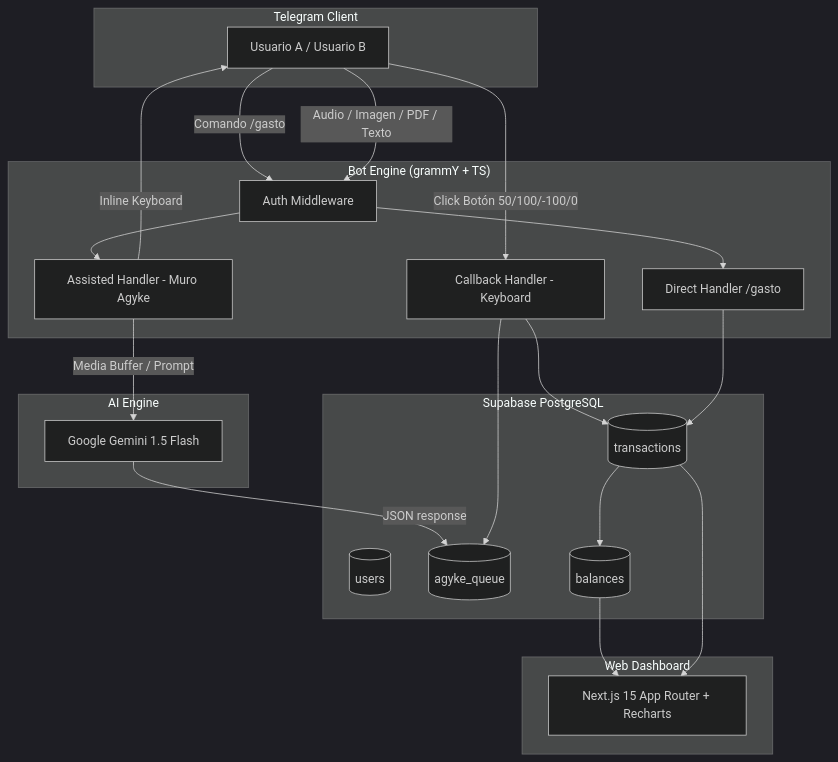
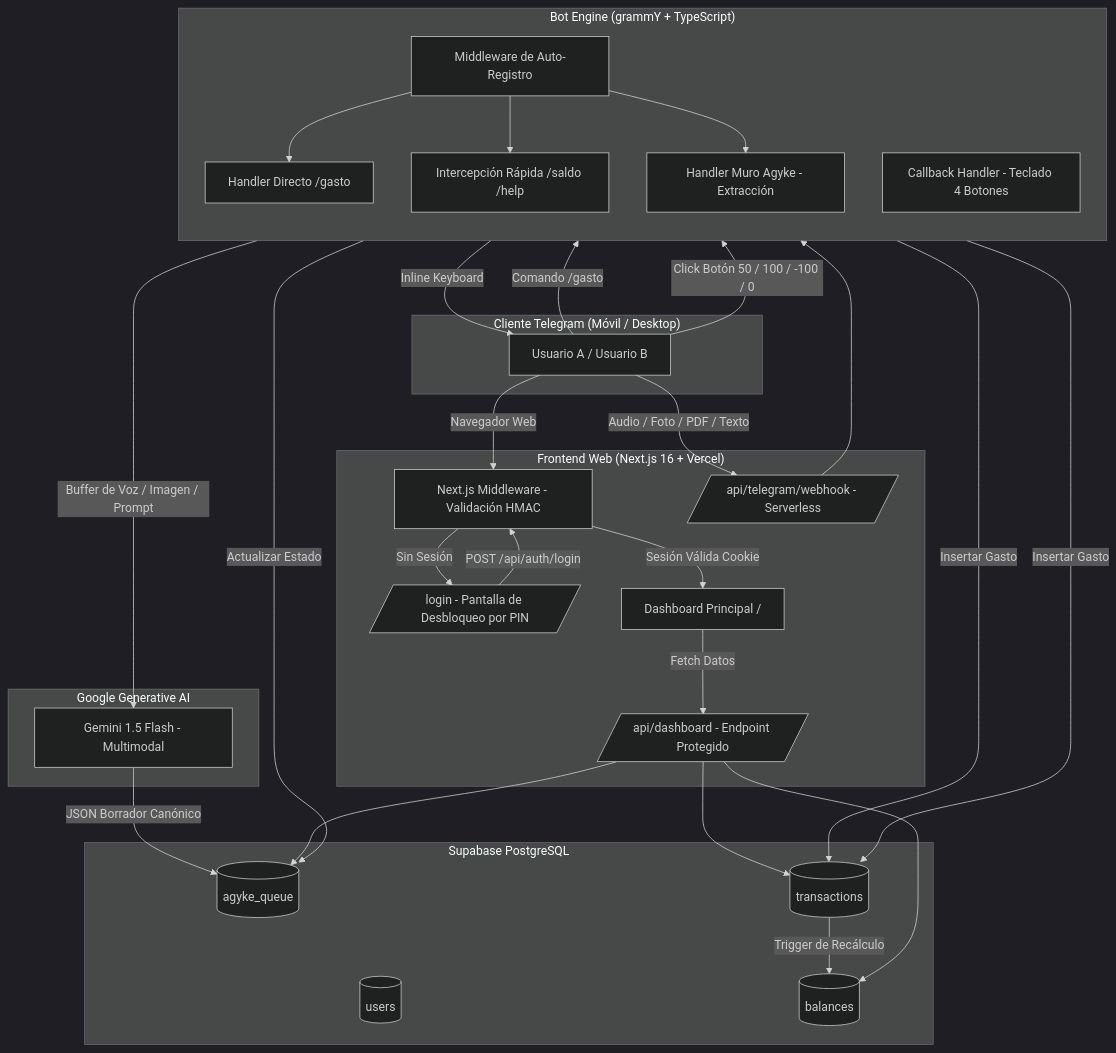
One commit to n1krov/agyke changed the diagram in README.md. Above: the diagram before and after it, drawn with Mermaid (dark theme). The commit also changed other lines of this file and 6 other files, not shown here.

````diff
--- a/README.md
+++ b/README.md
@@ -71,44 +103,60 @@
 ```mermaid
 flowchart TD
-    subgraph Telegram ["Telegram Client"]
-        U1[Usuario A / Usuario B]
+    subgraph TelegramClient ["Cliente Telegram (Móvil / Desktop)"]
+        U[Usuario A / Usuario B]
     end
 
-    subgraph BotEngine ["Bot Engine (grammY + TS)"]
-        AUTH[Auth Middleware]
-        DIRECT[Direct Handler /gasto]
-        ASSISTED[Assisted Handler - Muro Agyke]
-        CALLBACK[Callback Handler - Keyboard]
+    subgraph BotEngine ["Bot Engine (grammY + TypeScript)"]
+        direction TB
+        AUTH_TG[Middleware de Auto-Registro]
+        DIRECT_CMD[Handler Directo /gasto]
+        NATURAL_LANG[Intercepción Rápida /saldo /help]
+        ASSISTED[Handler Muro Agyke - Extracción]
+        CALLBACK[Callback Handler - Teclado 4 Botones]
     end
 
-    subgraph AI ["AI Engine"]
-        GEMINI[Google Gemini 1.5 Flash]
+    subgraph AI ["Google Generative AI"]
+        GEMINI[Gemini 1.5 Flash - Multimodal]
     end
 
     subgraph Database ["Supabase PostgreSQL"]
         USERS[(users)]
         QUEUE[(agyke_queue)]
         TX[(transactions)]
         BALANCES[(balances)]
     end
 
-    subgraph Frontend ["Web Dashboard"]
-        NEXT[Next.js 15 App Router + Recharts]
+    subgraph WebApp ["Frontend Web (Next.js 16 + Vercel)"]
+        MW[Next.js Middleware - Validación HMAC]
+        LOGIN[/login - Pantalla de Desbloqueo por PIN/]
+        DASHBOARD[Dashboard Principal /]
+        API_DASH[/api/dashboard - Endpoint Protegido/]
+        WEBHOOK[/api/telegram/webhook - Serverless/]
     end
 
-    U1 -->|Comando /gasto| AUTH --> DIRECT
-    U1 -->|Audio / Imagen / PDF / Texto| AUTH --> ASSISTED
-    
-    ASSISTED -->|Media Buffer / Prompt| GEMINI
-    GEMINI -->|JSON response| QUEUE
-    ASSISTED -->|Inline Keyboard| U1
-    
-    U1 -->|Click Botón 50/100/-100/0| CALLBACK
-    CALLBACK --> QUEUE
-    CALLBACK --> TX
-    DIRECT --> TX
-    
-    TX --> BALANCES
-    BALANCES --> NEXT
-    TX --> NEXT
+    U -->|Audio / Foto / PDF / Texto| WEBHOOK
+    WEBHOOK --> AUTH_TG
+    U -->|Comando /gasto| AUTH_TG --> DIRECT_CMD
+    AUTH_TG --> NATURAL_LANG
+    AUTH_TG --> ASSISTED
+
+    ASSISTED -->|Buffer de Voz / Imagen / Prompt| GEMINI
+    GEMINI -->|JSON Borrador Canónico| QUEUE
+    ASSISTED -->|Inline Keyboard| U
+
+    U -->|Click Botón 50 / 100 / -100 / 0| CALLBACK
+    CALLBACK -->|Actualizar Estado| QUEUE
+    CALLBACK -->|Insertar Gasto| TX
+    DIRECT_CMD -->|Insertar Gasto| TX
+
+    TX -->|Trigger de Recálculo| BALANCES
+
+    U -->|Navegador Web| MW
+    MW -->|Sin Sesión| LOGIN
+    LOGIN -->|POST /api/auth/login| MW
+    MW -->|Sesión Válida Cookie| DASHBOARD
+    DASHBOARD -->|Fetch Datos| API_DASH
+    API_DASH --> TX
+    API_DASH --> BALANCES
+    API_DASH --> QUEUE
 ```
````
